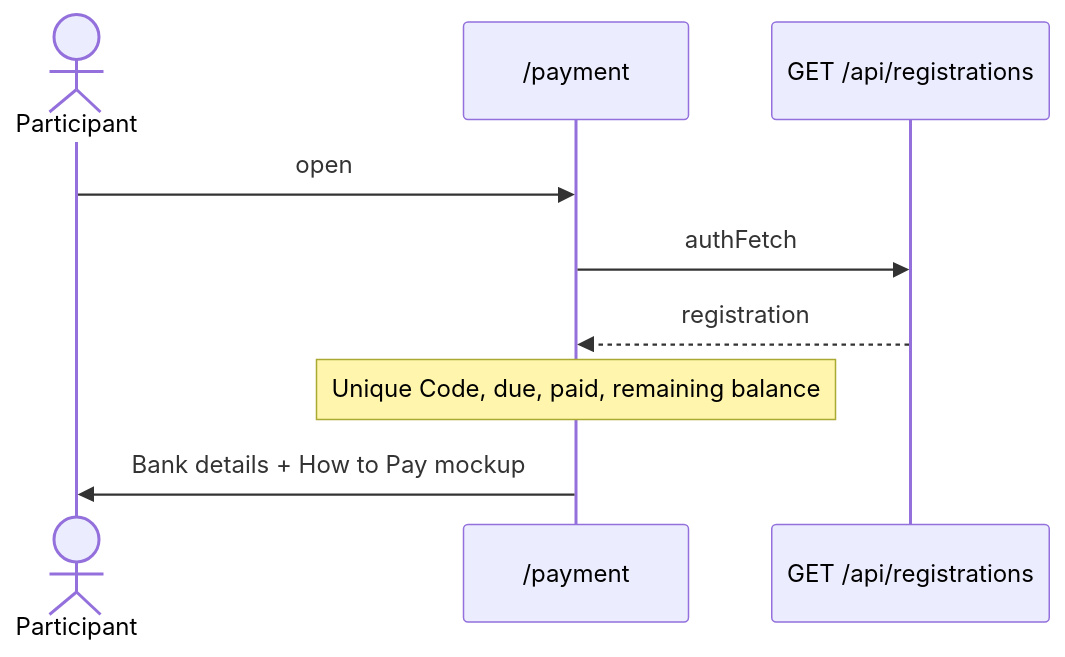
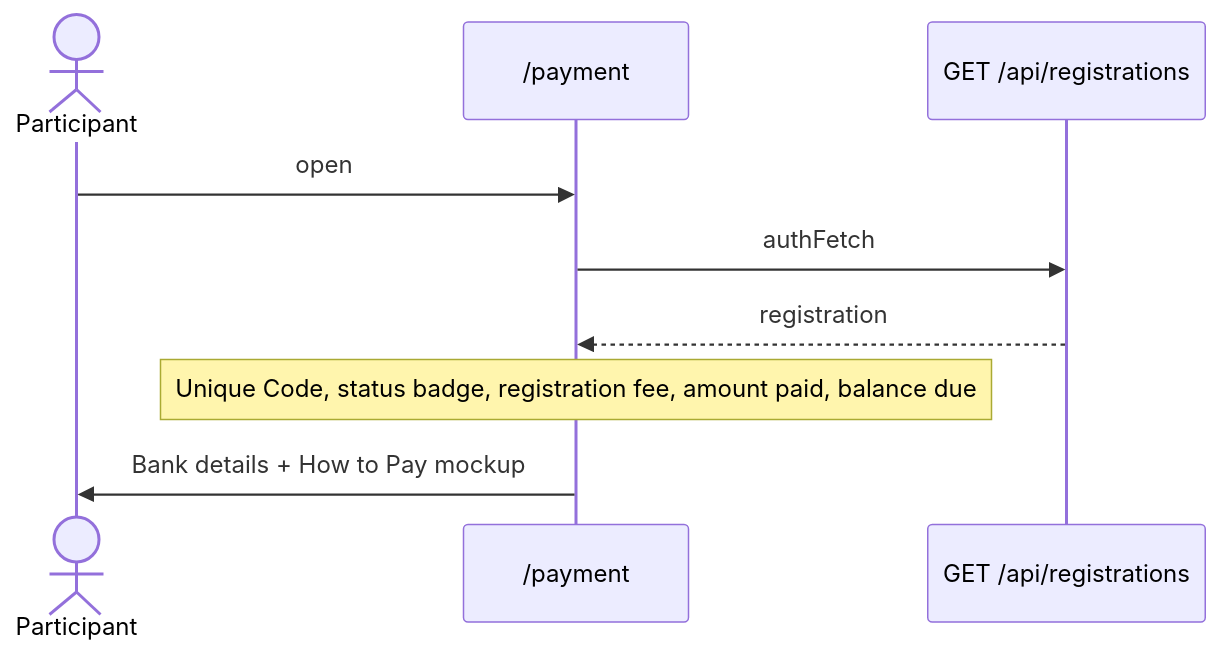
The first of 4 diagrams in docs/flows/payment.md (dotnetmike/CFCA_Registration), drawn with Mermaid before and after one commit. The commit also changed other lines of this file and 24 other files, not shown here.

````diff
--- a/docs/flows/payment.md
+++ b/docs/flows/payment.md
@@ -20,11 +20,11 @@
 ```mermaid
 sequenceDiagram
   actor P as Participant
   participant Pay as /payment
   participant API as GET /api/registrations
   P->>Pay: open
   Pay->>API: authFetch
   API-->>Pay: registration
-  Note over Pay: Unique Code, due, paid, remaining balance
+  Note over Pay: Unique Code, status badge, registration fee, amount paid, balance due
   Pay->>P: Bank details + How to Pay mockup
 ```
````
